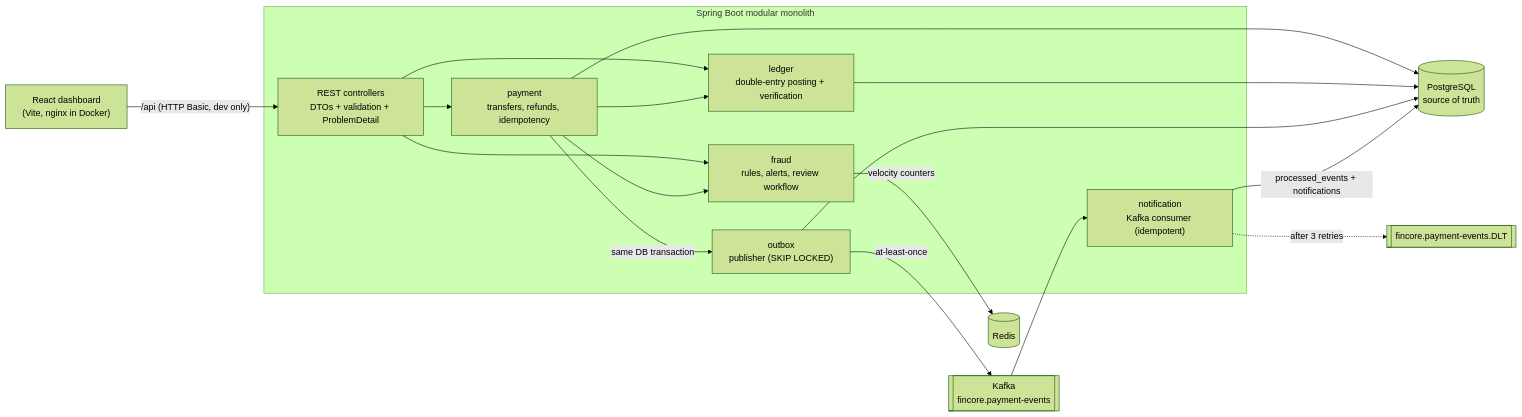
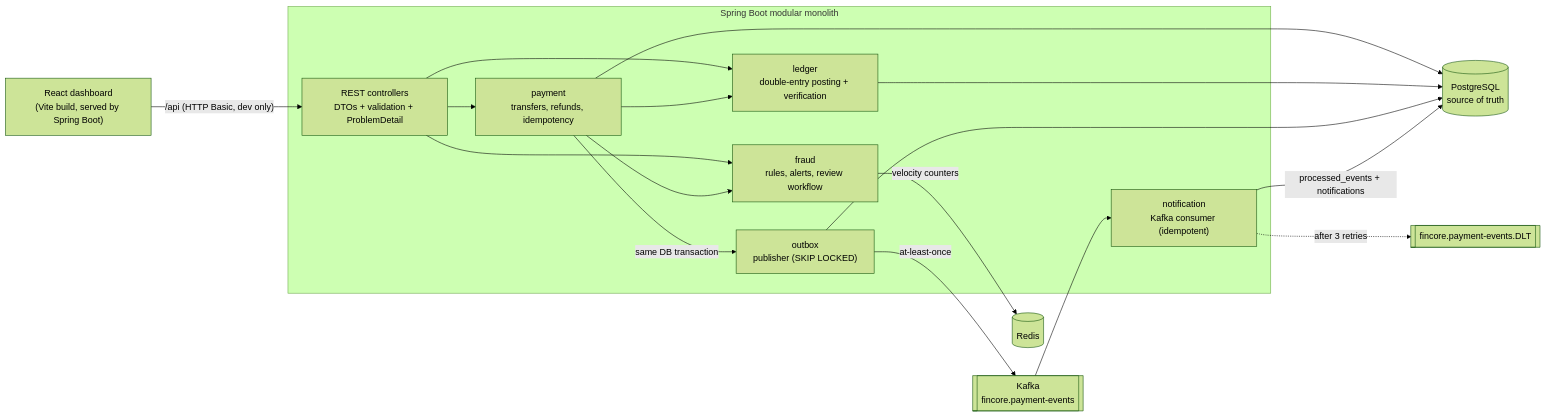
The diagram in README.md (avinash-p05/fin-core), drawn with Mermaid (forest theme) before and after one commit. The commit also changed other lines of this file and 21 other files, not shown here.

First line of the commit message:
Ship FinCore as a single container: Spring Boot serves the dashboard

````diff
--- a/README.md
+++ b/README.md
@@ -31,28 +31,28 @@
 ```mermaid
 flowchart LR
-    UI["React dashboard<br/>(Vite, nginx in Docker)"] -->|"/api (HTTP Basic, dev only)"| API
+    UI["React dashboard<br/>(Vite build, served by Spring Boot)"] -->|"/api (HTTP Basic, dev only)"| API
 
     subgraph APP["Spring Boot modular monolith"]
         API["REST controllers<br/>DTOs + validation + ProblemDetail"]
         PAY["payment<br/>transfers, refunds, idempotency"]
         FRAUD["fraud<br/>rules, alerts, review workflow"]
         LEDGER["ledger<br/>double-entry posting + verification"]
         OUTBOX["outbox<br/>publisher (SKIP LOCKED)"]
         CONSUMER["notification<br/>Kafka consumer (idempotent)"]
         API --> PAY
         API --> FRAUD
         API --> LEDGER
         PAY --> FRAUD
         PAY --> LEDGER
         PAY -->|same DB transaction| OUTBOX
     end
 
     PAY --> PG[("PostgreSQL<br/>source of truth")]
     LEDGER --> PG
     OUTBOX --> PG
     FRAUD -->|velocity counters| REDIS[("Redis")]
     OUTBOX -->|at-least-once| KAFKA[["Kafka<br/>fincore.payment-events"]]
     KAFKA --> CONSUMER
     CONSUMER -->|"processed_events + notifications"| PG
     CONSUMER -. after 3 retries .-> DLT[["fincore.payment-events.DLT"]]
 ```
````
